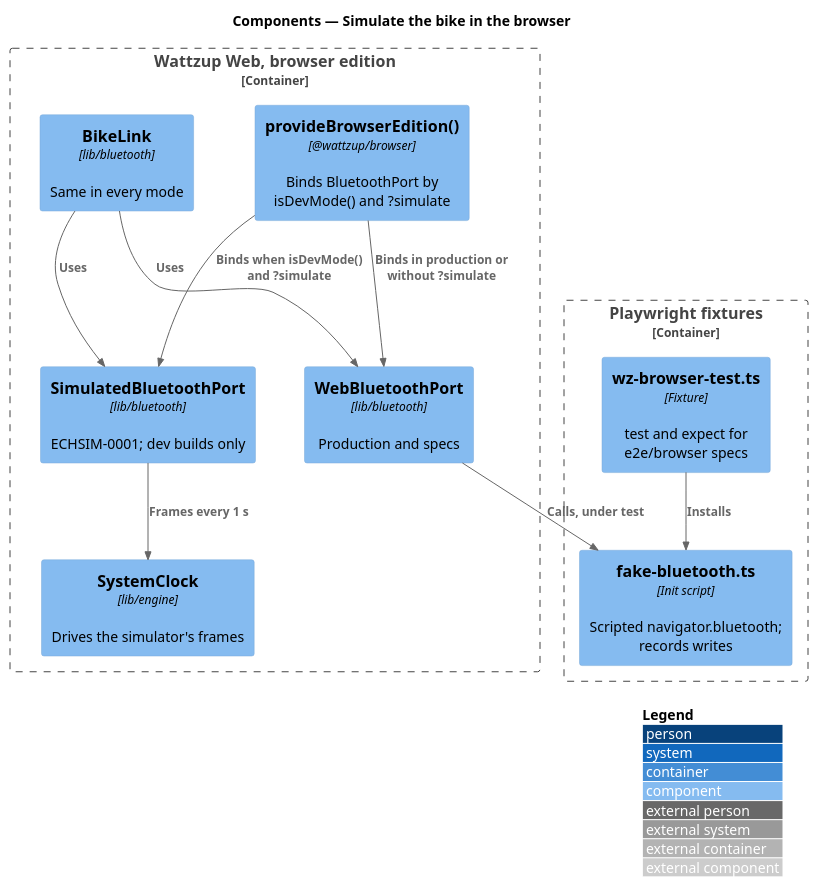
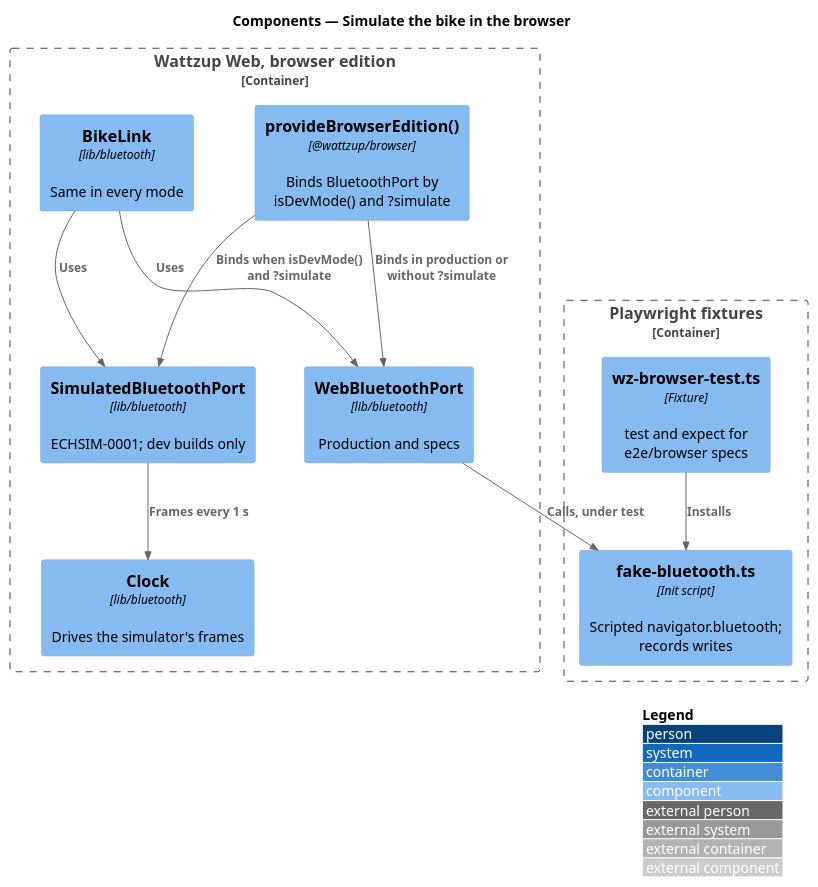
The diagram in docs/detailed-designs/browser-edition/simulate-bike-in-browser/diagrams/c4-component.puml (QuinntyneBrown/ride-one), drawn with PlantUML before and after one commit. The commit also changed 25 other files, not shown here.

```diff
--- a/docs/detailed-designs/browser-edition/simulate-bike-in-browser/diagrams/c4-component.puml
+++ b/docs/detailed-designs/browser-edition/simulate-bike-in-browser/diagrams/c4-component.puml
@@ -1,24 +1,24 @@
 @startuml
 !include <C4/C4_Component>
 LAYOUT_WITH_LEGEND()
 title Components — Simulate the bike in the browser
 
 Container_Boundary(app, "Wattzup Web, browser edition") {
   Component(provide, "provideBrowserEdition()", "@wattzup/browser", "Binds BluetoothPort by isDevMode() and ?simulate")
   Component(link, "BikeLink", "lib/bluetooth", "Same in every mode")
   Component(web, "WebBluetoothPort", "lib/bluetooth", "Production and specs")
   Component(sim, "SimulatedBluetoothPort", "lib/bluetooth", "ECHSIM-0001; dev builds only")
-  Component(clock, "SystemClock", "lib/engine", "Drives the simulator's frames")
+  Component(clock, "Clock", "lib/bluetooth", "Drives the simulator's frames")
 }
 Container_Boundary(fx, "Playwright fixtures") {
   Component(fake, "fake-bluetooth.ts", "Init script", "Scripted navigator.bluetooth; records writes")
   Component(wzb, "wz-browser-test.ts", "Fixture", "test and expect for e2e/browser specs")
 }
 Rel(provide, web, "Binds in production or without ?simulate")
 Rel(provide, sim, "Binds when isDevMode() and ?simulate")
 Rel(link, web, "Uses")
 Rel(link, sim, "Uses")
 Rel(sim, clock, "Frames every 1 s")
 Rel(web, fake, "Calls, under test")
 Rel(wzb, fake, "Installs")
 @enduml
```
